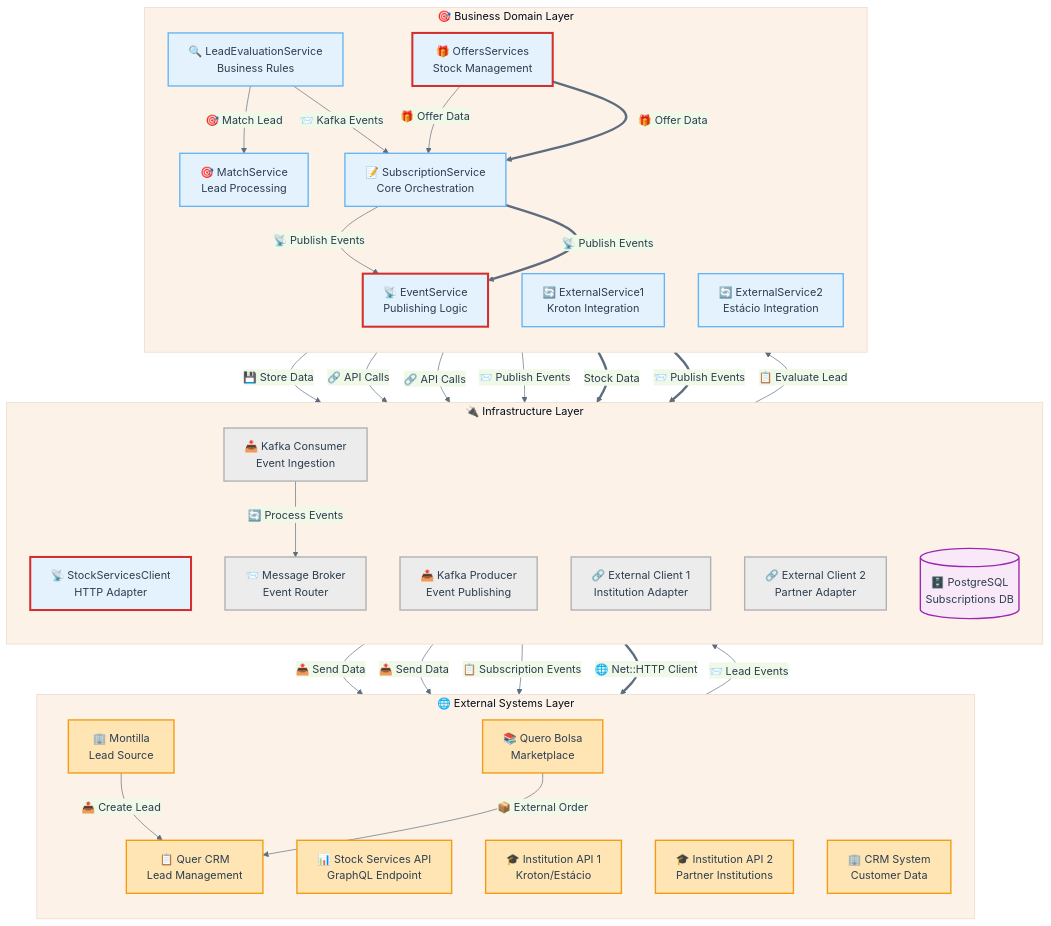
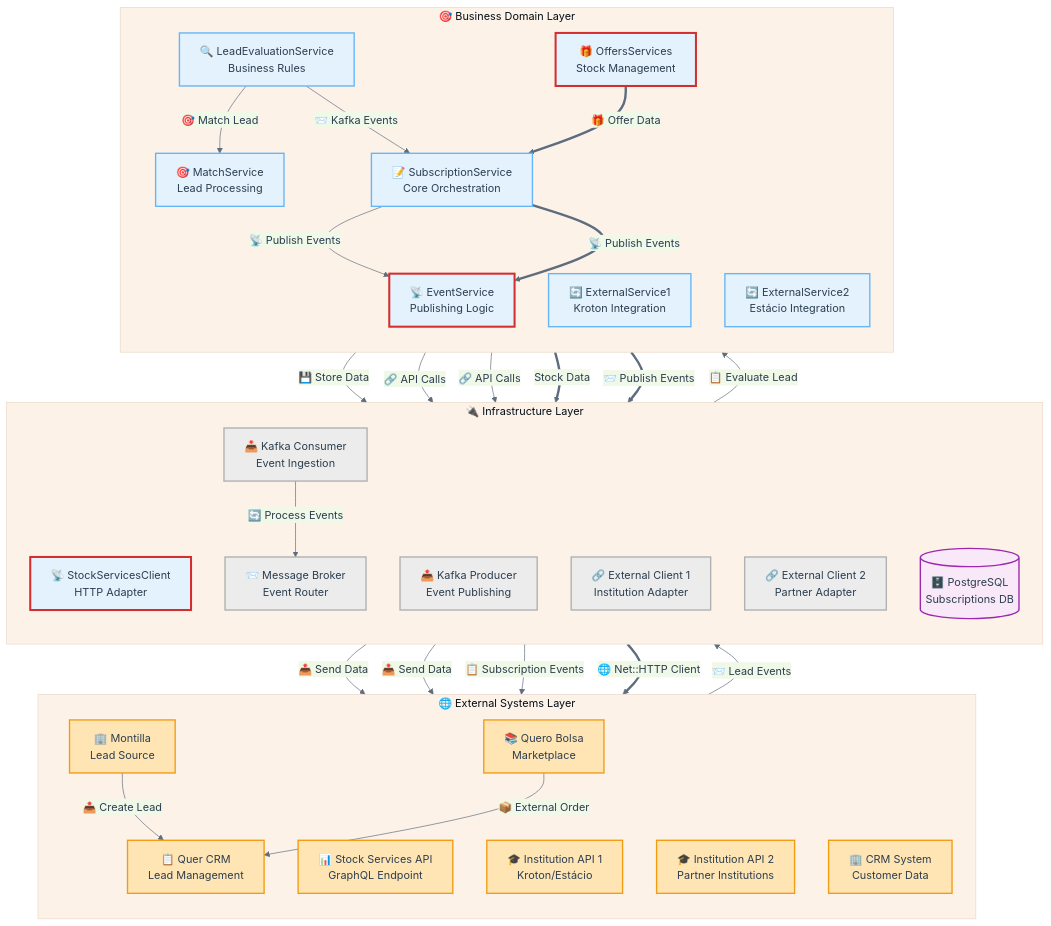
Before and after one commit to enogrob/project-qeevo-anubis: the third of 6 diagrams in inputs/started-requirements.md, drawn with Mermaid.

Commit message:
update-contents

```diff
--- a/inputs/started-requirements.md
+++ b/inputs/started-requirements.md
@@ -271,7 +271,6 @@
     %% Business processing flow
     LeadEvaluationService -->|"🎯 Match Lead"| MatchService
     LeadEvaluationService -->|"📨 Kafka Events"| SubscriptionService
-    OffersServices -->|"🎁 Offer Data"| SubscriptionService
 
     %% Subscription orchestration
     SubscriptionService -->|"📡 Publish Events"| EventService
@@ -284,7 +283,6 @@
     ExternalClient2 -->|"📤 Send Data"| ExternalAPI2
 
     %% Event publishing
-    EventService -->|"📨 Publish Events"| KafkaProducer
     KafkaProducer -->|"📋 Subscription Events"| CRM
 
     %% Stock data flow
```
